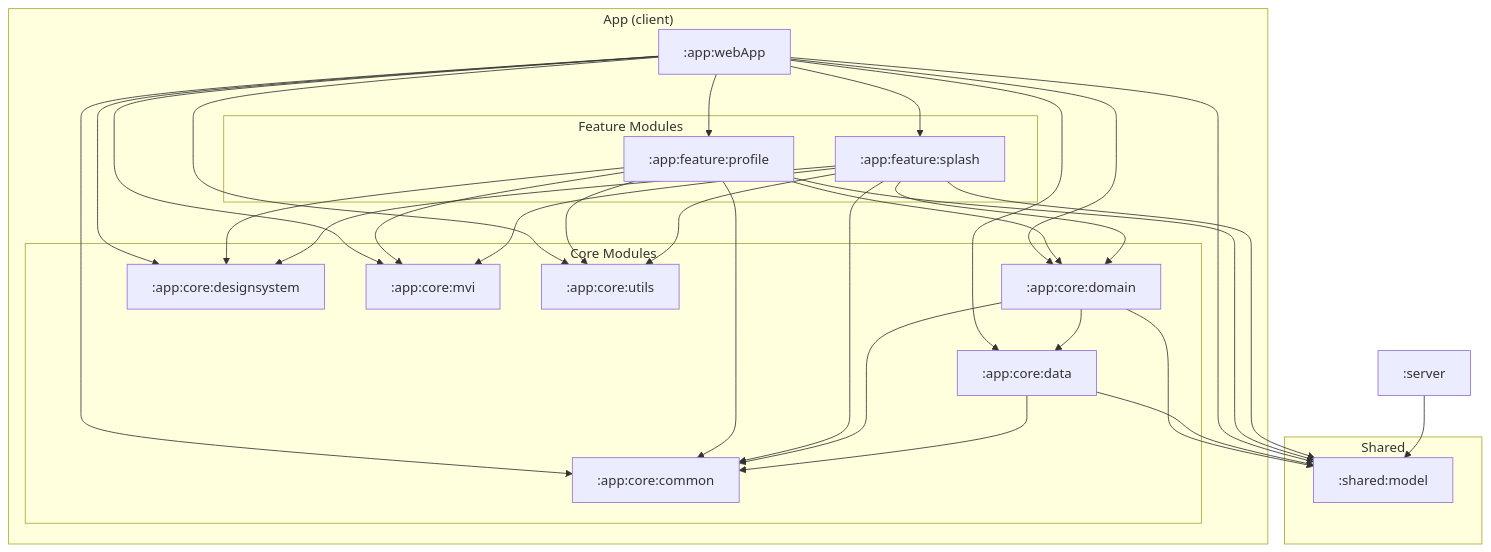
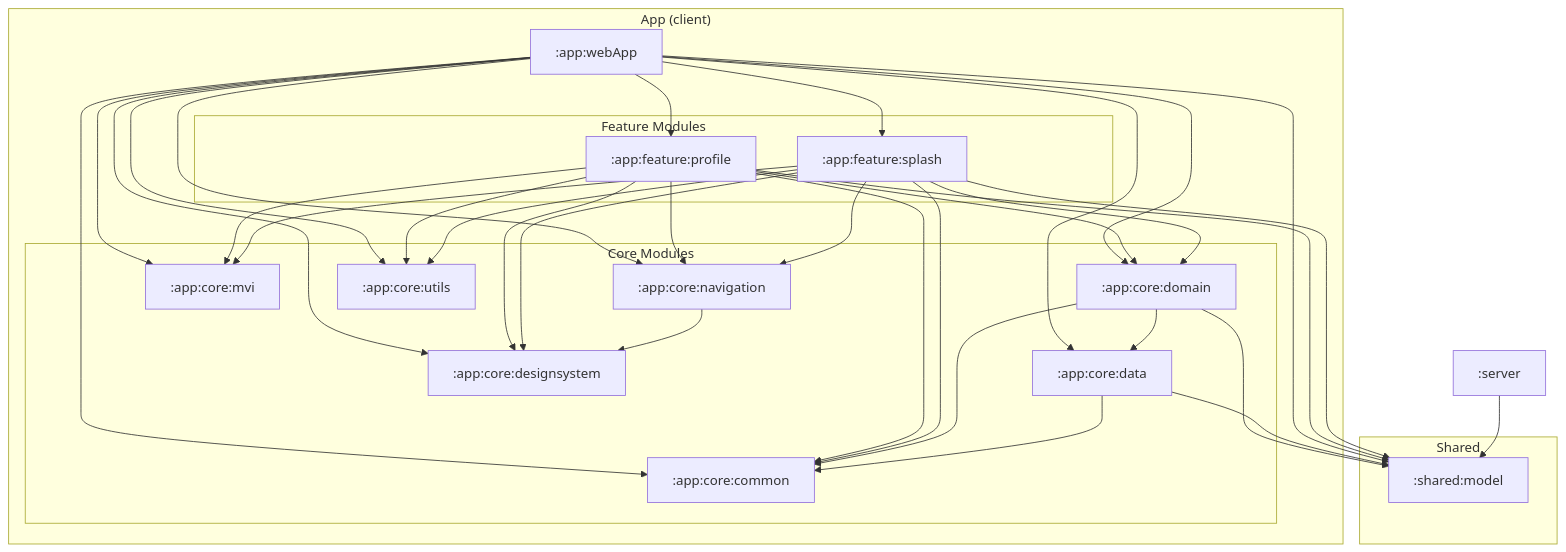
Before and after one commit to kei-1111/kei-1111.github.io: the diagram in docs/ModuleOverview.md, drawn with Mermaid. The commit also changed other lines of this file and 14 other files, not shown here.

````diff
--- a/docs/ModuleOverview.md
+++ b/docs/ModuleOverview.md
@@ -11,36 +11,38 @@
 ```mermaid
 flowchart TB
     subgraph "Shared"
         model[":shared:model"]
     end
 
     server[":server"]
 
     subgraph "App (client)"
         webApp[":app:webApp"]
 
         subgraph "Feature Modules"
             profile[":app:feature:profile"]
             splash[":app:feature:splash"]
         end
 
         subgraph "Core Modules"
             domain[":app:core:domain"]
             data[":app:core:data"]
             designsystem[":app:core:designsystem"]
             mvi[":app:core:mvi"]
+            navigation[":app:core:navigation"]
             common[":app:core:common"]
             utils[":app:core:utils"]
         end
     end
 
     webApp --> profile & splash
-    webApp --> common & data & designsystem & domain & mvi & utils & model
+    webApp --> common & data & designsystem & domain & mvi & navigation & utils & model
 
-    profile & splash --> common & designsystem & domain & mvi & utils & model
+    profile & splash --> common & designsystem & domain & mvi & navigation & utils & model
 
     domain --> common & data & model
     data --> common & model
+    navigation --> designsystem
 
     server --> model
 ```
````
